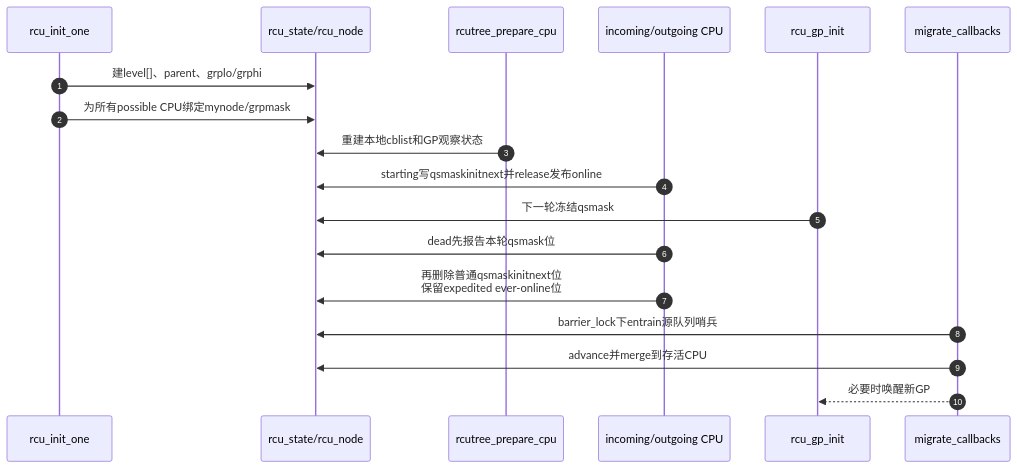
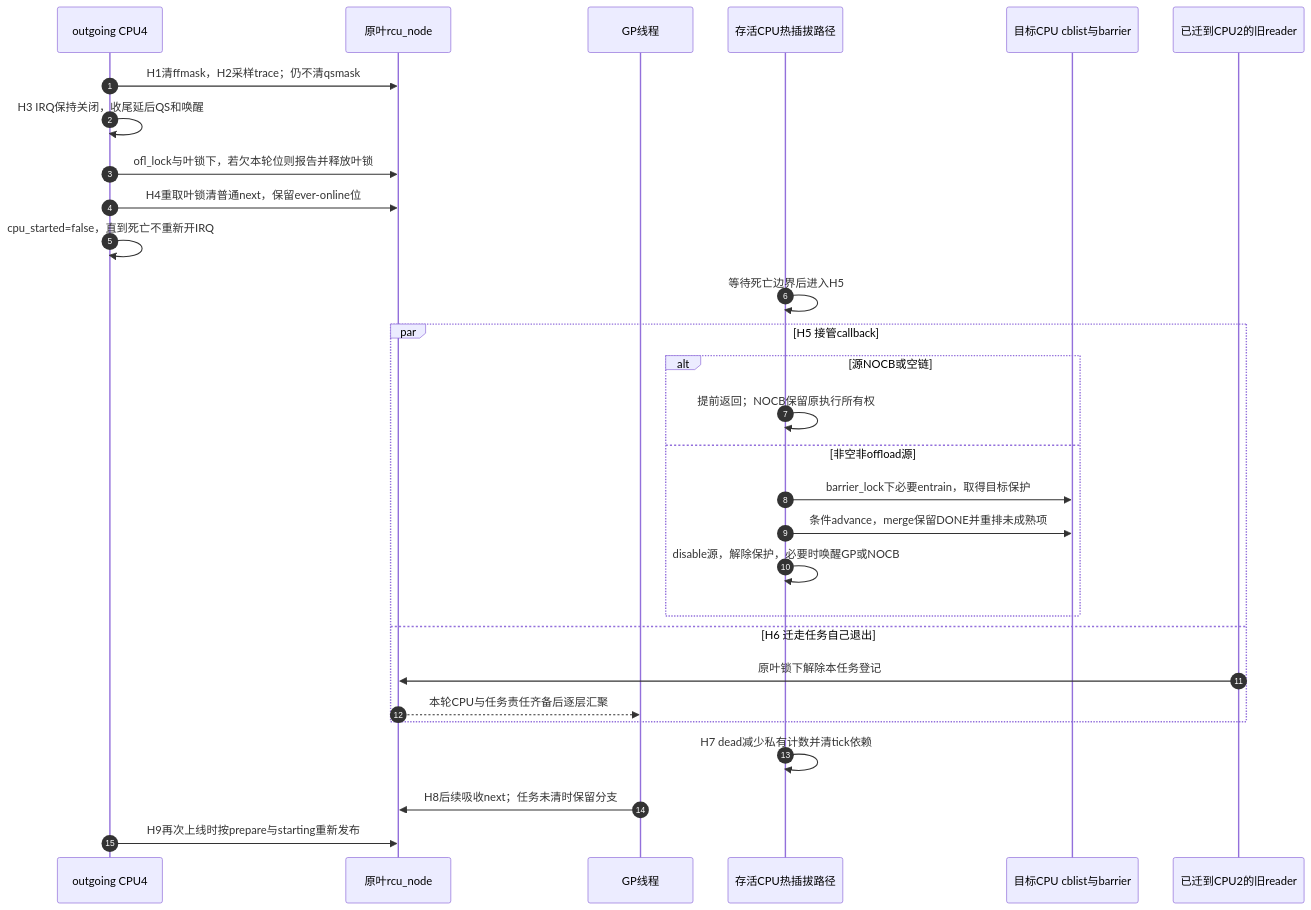
One commit to FormingSystem/linux_note changed the third of 3 diagrams in research/source_reading/rcu/source_explanations/P06_Linux_6.12_Tree_RCU_拓扑与CPU热插拔源码实现.md. Above: the diagram before and after it, drawn with Mermaid. The commit also changed other lines of this file and 1 other file, not shown here.

First line of the commit message:
content(rcu/hotplug): 补全CPU离线责任与回调接管实现

````diff
--- a/research/source_reading/rcu/source_explanations/P06_Linux_6.12_Tree_RCU_拓扑与CPU热插拔源码实现.md
+++ b/research/source_reading/rcu/source_explanations/P06_Linux_6.12_Tree_RCU_拓扑与CPU热插拔源码实现.md
@@ -404,21 +507,31 @@
 ```mermaid
 sequenceDiagram
     autonumber
-    participant I as rcu_init_one
-    participant R as rcu_state/rcu_node
-    participant P as rcutree_prepare_cpu
-    participant C as incoming/outgoing CPU
-    participant G as rcu_gp_init
-    participant M as migrate_callbacks
-
-    I->>R: 建level[]、parent、grplo/grphi
-    I->>R: 为所有possible CPU绑定mynode/grpmask
-    P->>R: 重建本地cblist和GP观察状态
-    C->>R: starting写qsmaskinitnext并release发布online
-    G->>R: 下一轮冻结qsmask
-    C->>R: dead先报告本轮qsmask位
-    C->>R: 再删除普通qsmaskinitnext位<br/>保留expedited ever-online位
-    M->>R: barrier_lock下entrain源队列哨兵
-    M->>R: advance并merge到存活CPU
-    M-->>G: 必要时唤醒新GP
+    participant C as outgoing CPU4
+    participant N as 原叶rcu_node
+    participant G as GP线程
+    participant H as 存活CPU热插拔路径
+    participant D as 目标CPU cblist与barrier
+    participant T as 已迁到CPU2的旧reader
+    C->>N: H1清ffmask，H2采样trace；仍不清qsmask
+    C->>C: H3 IRQ保持关闭，收尾延后QS和唤醒
+    C->>N: ofl_lock与叶锁下，若欠本轮位则报告并释放叶锁
+    C->>N: H4重取叶锁清普通next，保留ever-online位
+    C->>C: cpu_started=false，直到死亡不重新开IRQ
+    H->>H: 等待死亡边界后进入H5
+    par H5 接管callback
+        alt 源NOCB或空链
+            H->>H: 提前返回；NOCB保留原执行所有权
+        else 非空非offload源
+            H->>D: barrier_lock下必要entrain，取得目标保护
+            H->>D: 条件advance，merge保留DONE并重排未成熟项
+            H->>H: disable源，解除保护，必要时唤醒GP或NOCB
+        end
+    and H6 迁走任务自己退出
+        T->>N: 原叶锁下解除本任务登记
+        N-->>G: 本轮CPU与任务责任齐备后逐层汇聚
+    end
+    H->>H: H7 dead减少私有计数并清tick依赖
+    G->>N: H8后续吸收next；任务未清时保留分支
+    C->>N: H9再次上线时按prepare与starting重新发布
 ```
````
